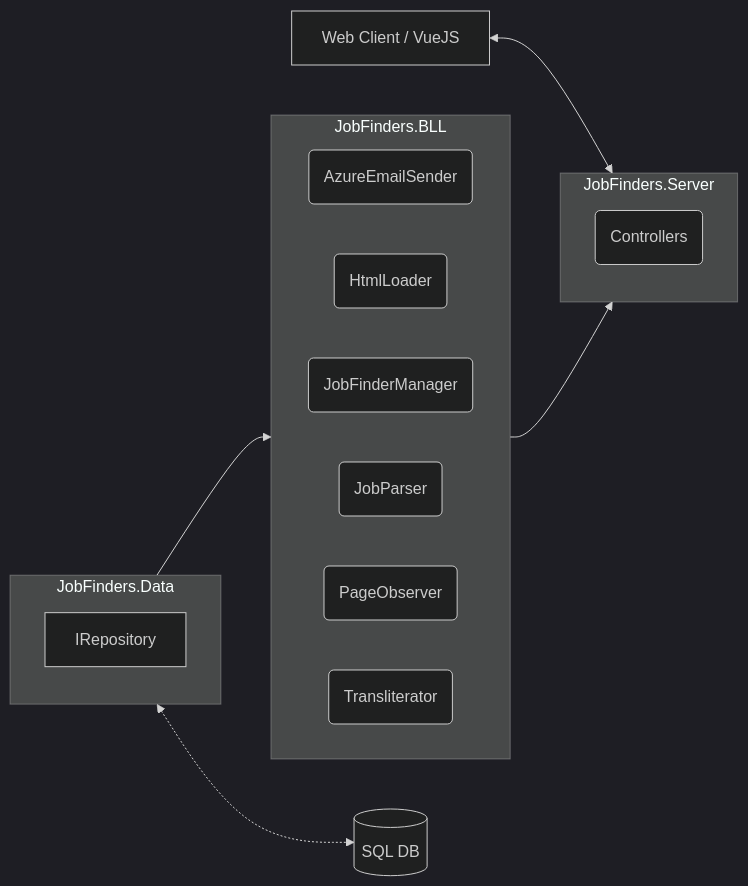
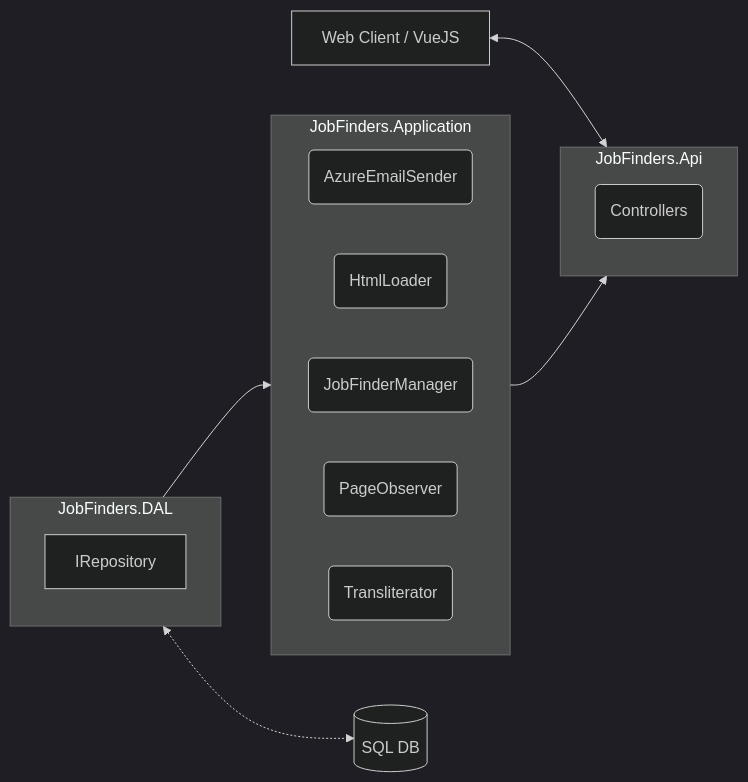
Before and after one commit to DarthVader666666/JobFinder: the diagram in README.md, drawn with Mermaid (dark theme).

````diff
--- a/README.md
+++ b/README.md
@@ -1,27 +1,26 @@
 ```mermaid
 flowchart LR
-  subgraph Server[JobFinders.Server]
+  subgraph API[JobFinders.Api]
     Controllers(Controllers)
   end
 
-  Client[Web Client / VueJS] <--> Server
+  Client[Web Client / VueJS] <--> API
 
-  subgraph BLL[JobFinders.BLL]
+  subgraph Application[JobFinders.Application]
     direction LR
     AzureEmailSender(AzureEmailSender)
     HtmlLoader(HtmlLoader)
-    JobFinderManager(JobFinderManager)
-    JobParser(JobParser)
+    JobFinderManager(JobFinderManager)    
     PageObserver(PageObserver)
     Transliterator(Transliterator)
   end
 
-  subgraph DATA[JobFinders.Data]
+  subgraph DAL[JobFinders.DAL]
     IRepository[IRepository]
   end
 
-  DATA --> BLL
-  BLL --> Server
+  DAL --> Application
+  Application --> API
 
-  DATA <-.-> DB[(SQL DB)]
+  DAL <-.-> DB[(SQL DB)]
 ```
````
